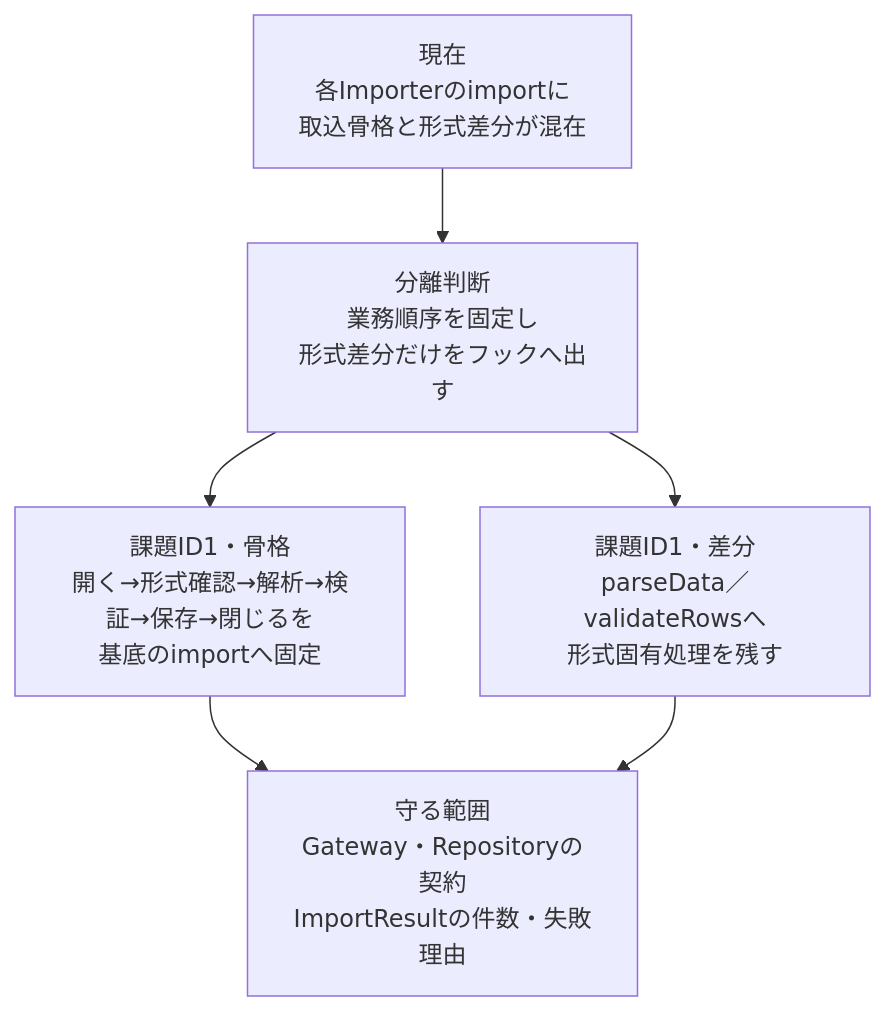
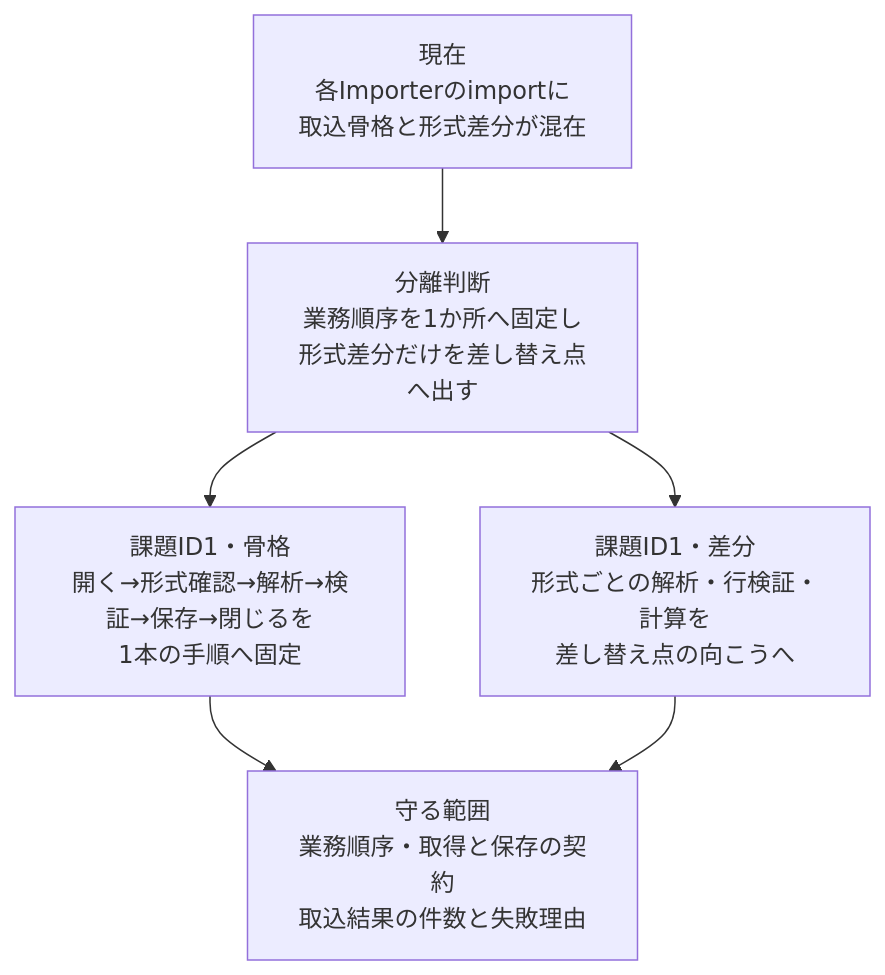
The seventh of 19 diagrams in kindle/design-patterns/output/chapter04.md (kumachan1101-pixel/DesignPattern), drawn with Mermaid before and after one commit. The commit also changed other lines of this file and 3 other files, not shown here.

````diff
--- a/kindle/design-patterns/output/chapter04.md
+++ b/kindle/design-patterns/output/chapter04.md
@@ -1482,8 +1483,8 @@
 ```mermaid
 flowchart TB
-    A[現在<br/>各Importerのimportに<br/>取込骨格と形式差分が混在] --> B[分離判断<br/>業務順序を固定し<br/>形式差分だけをフックへ出す]
-    B --> C[課題ID1・骨格<br/>開く→形式確認→解析→検証→保存→閉じるを<br/>基底のimportへ固定]
-    B --> D[課題ID1・差分<br/>parseData／validateRowsへ<br/>形式固有処理を残す]
-    C --> E[守る範囲<br/>Gateway・Repositoryの契約<br/>ImportResultの件数・失敗理由]
+    A[現在<br/>各Importerのimportに<br/>取込骨格と形式差分が混在] --> B[分離判断<br/>業務順序を1か所へ固定し<br/>形式差分だけを差し替え点へ出す]
+    B --> C[課題ID1・骨格<br/>開く→形式確認→解析→検証→保存→閉じるを<br/>1本の手順へ固定]
+    B --> D[課題ID1・差分<br/>形式ごとの解析・行検証・計算を<br/>差し替え点の向こうへ]
+    C --> E[守る範囲<br/>業務順序・取得と保存の契約<br/>取込結果の件数と失敗理由]
     D --> E
 ```
````
